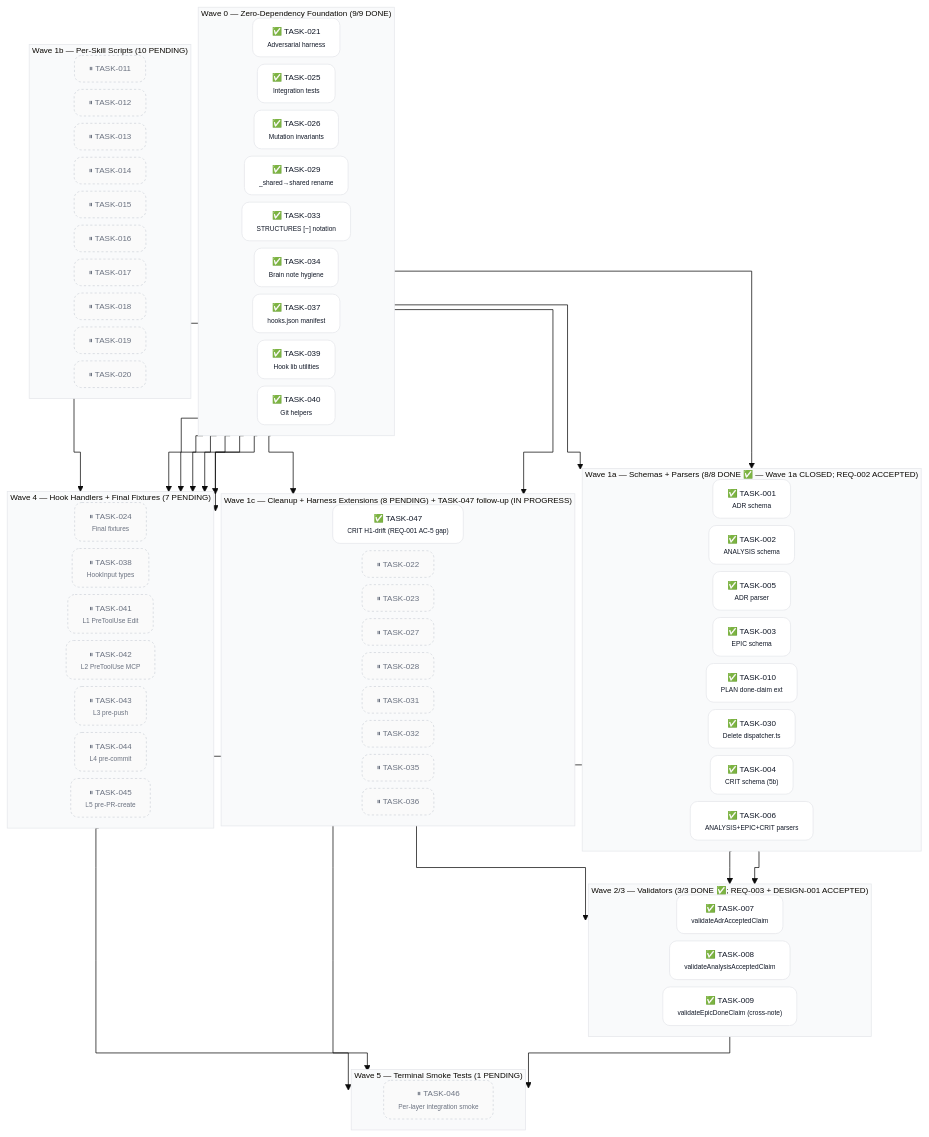
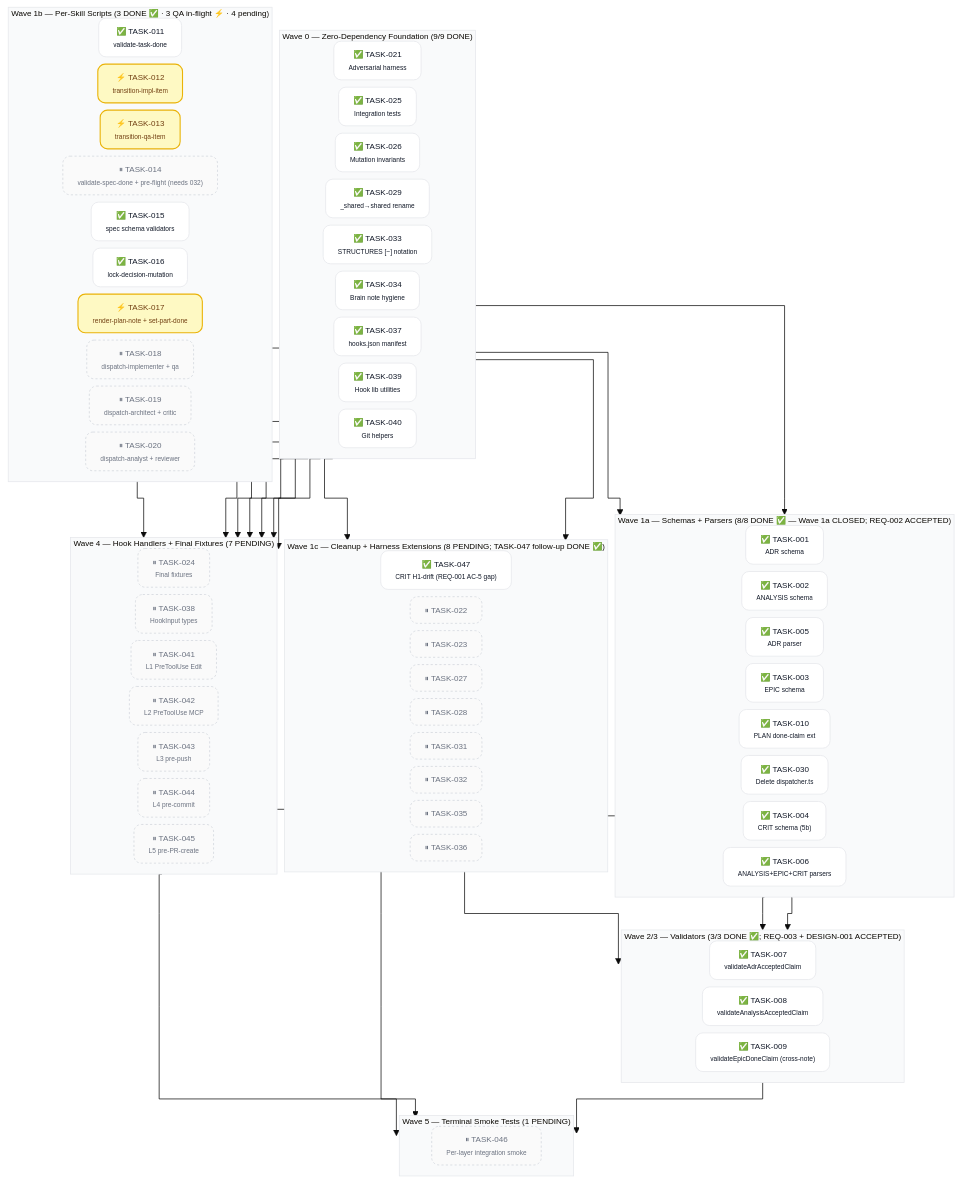
The second of 2 diagrams in docs/planning/PLAN-001-skills-ecosystem.md (acmelabs-15/skills), drawn with Mermaid before and after one commit. The commit also changed other lines of this file and 13 other files, not shown here.

First line of the commit message:
build(SPEC-008): Wave 1b-B impls DONE (012+013+017) + derived-view sync (Event 89)

````diff
--- a/docs/planning/PLAN-001-skills-ecosystem.md
+++ b/docs/planning/PLAN-001-skills-ecosystem.md
@@ -181,21 +181,21 @@
     T006["✅ TASK-006<br/><span style='font-size:9px'>ANALYSIS+EPIC+CRIT parsers</span>"]
   end
 
-  subgraph W1b ["Wave 1b — Per-Skill Scripts (10 PENDING)"]
+  subgraph W1b ["Wave 1b — Per-Skill Scripts (3 DONE ✅ · 3 QA in-flight ⚡ · 4 pending)"]
     direction LR
-    T011["⏸ TASK-011"]
-    T012["⏸ TASK-012"]
-    T013["⏸ TASK-013"]
-    T014["⏸ TASK-014"]
-    T015["⏸ TASK-015"]
-    T016["⏸ TASK-016"]
-    T017["⏸ TASK-017"]
-    T018["⏸ TASK-018"]
-    T019["⏸ TASK-019"]
-    T020["⏸ TASK-020"]
+    T011["✅ TASK-011<br/><span style='font-size:9px'>validate-task-done</span>"]
+    T012["⚡ TASK-012<br/><span style='font-size:9px'>transition-impl-item</span>"]
+    T013["⚡ TASK-013<br/><span style='font-size:9px'>transition-qa-item</span>"]
+    T014["⏸ TASK-014<br/><span style='font-size:9px'>validate-spec-done + pre-flight (needs 032)</span>"]
+    T015["✅ TASK-015<br/><span style='font-size:9px'>spec schema validators</span>"]
+    T016["✅ TASK-016<br/><span style='font-size:9px'>lock-decision-mutation</span>"]
+    T017["⚡ TASK-017<br/><span style='font-size:9px'>render-plan-note + set-part-done</span>"]
+    T018["⏸ TASK-018<br/><span style='font-size:9px'>dispatch-implementer + qa</span>"]
+    T019["⏸ TASK-019<br/><span style='font-size:9px'>dispatch-architect + critic</span>"]
+    T020["⏸ TASK-020<br/><span style='font-size:9px'>dispatch-analyst + reviewer</span>"]
   end
 
-  subgraph W1c ["Wave 1c — Cleanup + Harness Extensions (8 PENDING) + TASK-047 follow-up (IN PROGRESS)"]
+  subgraph W1c ["Wave 1c — Cleanup + Harness Extensions (8 PENDING; TASK-047 follow-up DONE ✅)"]
     direction LR
     T047["✅ TASK-047<br/><span style='font-size:9px'>CRIT H1-drift (REQ-001 AC-5 gap)</span>"]
     T022["⏸ TASK-022"]
@@ -254,6 +254,7 @@
   T045 --> T046
 
   class T001,T002,T003,T004,T005,T006,T010,T021,T025,T026,T029,T030,T033,T034,T037,T039,T040 done
-  class T007,T008,T009,T047 done
-  class T011,T012,T013,T014,T015,T016,T017,T018,T019,T020,T022,T023,T024,T027,T028,T031,T032,T035,T036,T038,T041,T042,T043,T044,T045,T046 pending
+  class T007,T008,T009,T047,T011,T015,T016 done
+  class T012,T013,T017 inprogress
+  class T014,T018,T019,T020,T022,T023,T024,T027,T028,T031,T032,T035,T036,T038,T041,T042,T043,T044,T045,T046 pending
 ```
````
